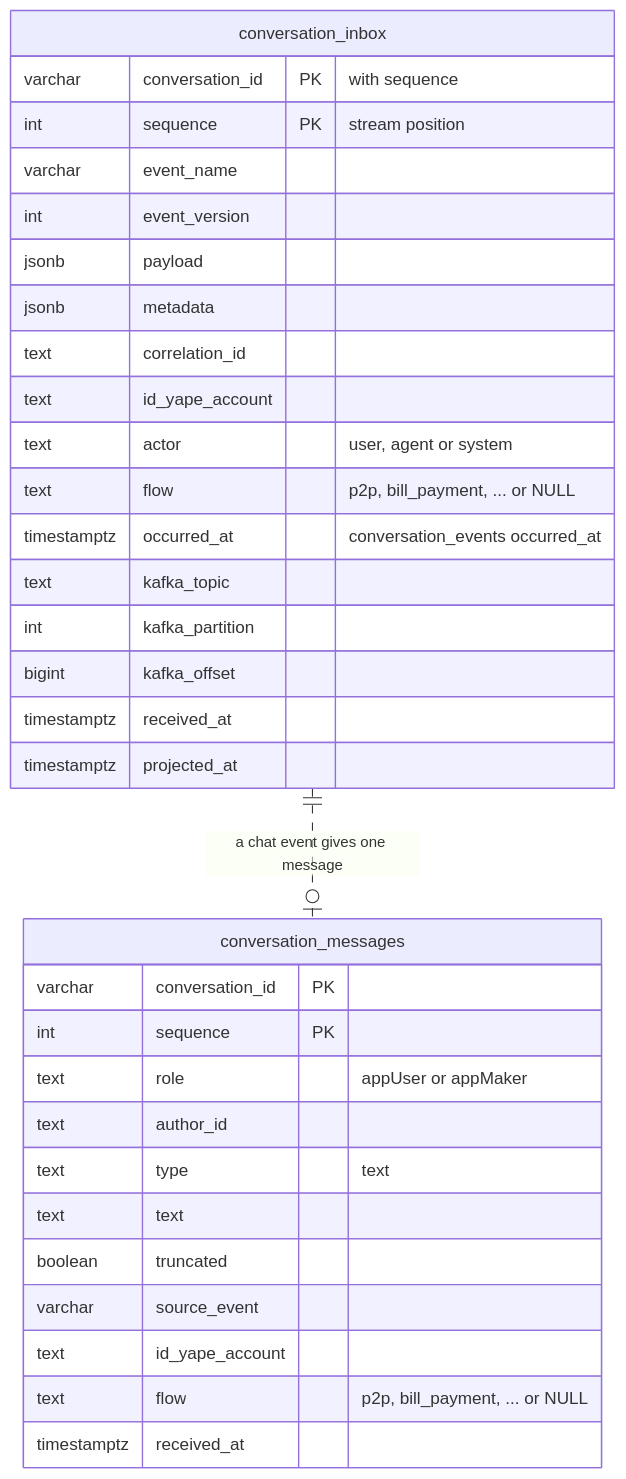
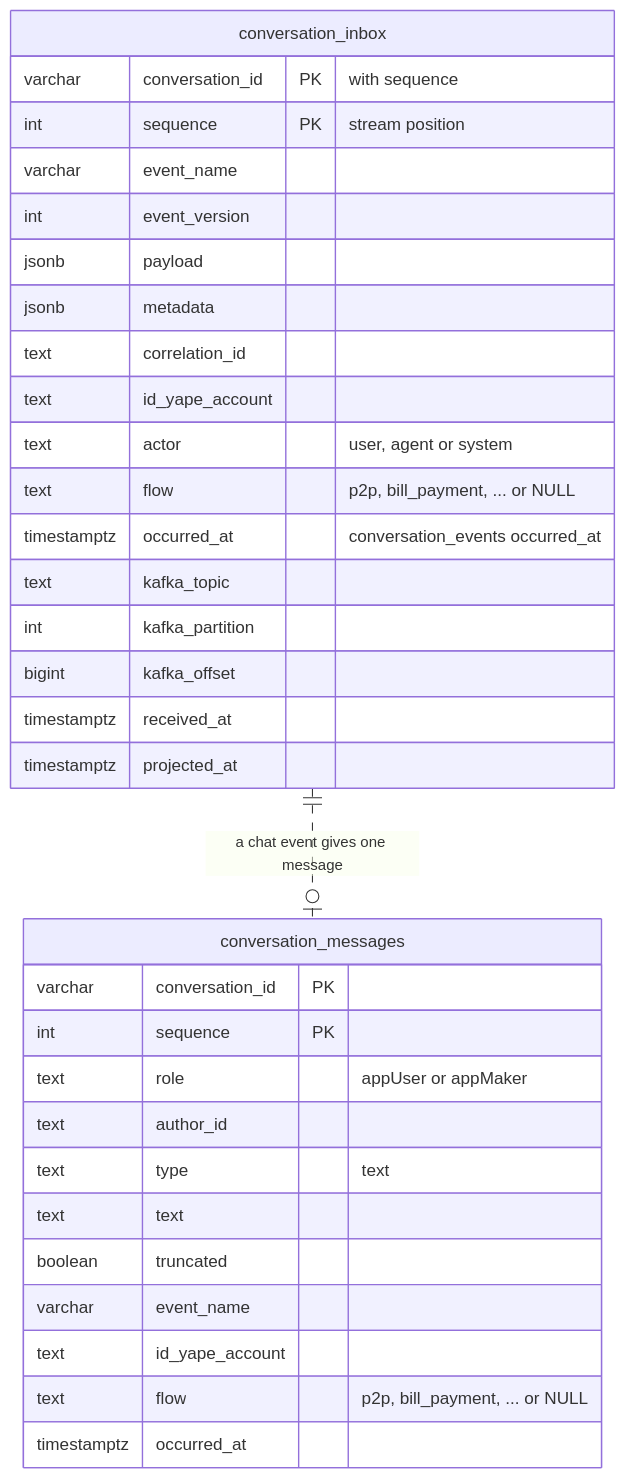
One commit to m-almeida-p/ms-ml-conv-history-bs changed the second of 3 diagrams in docs/design.md. Above: the diagram before and after it, drawn with Mermaid. The commit also changed other lines of this file and 44 other files, not shown here.

First line of the commit message:
refactor: follow the schema renames and give the ports and adapters matching names

````diff
--- a/docs/design.md
+++ b/docs/design.md
@@ -89,35 +89,35 @@
 ```mermaid
 erDiagram
     conversation_inbox {
         varchar conversation_id PK "with sequence"
         int sequence PK "stream position"
         varchar event_name
         int event_version
         jsonb payload
         jsonb metadata
         text correlation_id
         text id_yape_account
         text actor "user, agent or system"
         text flow "p2p, bill_payment, ... or NULL"
         timestamptz occurred_at "conversation_events occurred_at"
         text kafka_topic
         int kafka_partition
         bigint kafka_offset
         timestamptz received_at
         timestamptz projected_at
     }
     conversation_messages {
         varchar conversation_id PK
         int sequence PK
         text role "appUser or appMaker"
         text author_id
         text type "text"
         text text
         boolean truncated
-        varchar source_event
+        varchar event_name
         text id_yape_account
         text flow "p2p, bill_payment, ... or NULL"
-        timestamptz received_at
+        timestamptz occurred_at
     }
     conversation_inbox ||..o| conversation_messages : "a chat event gives one message"
 ```
````
